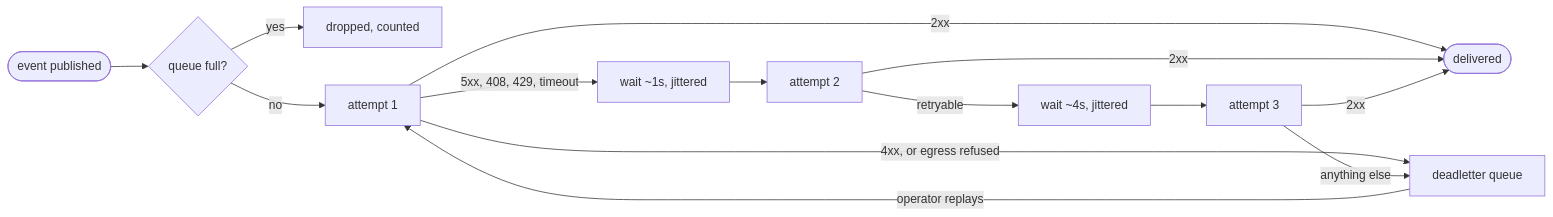
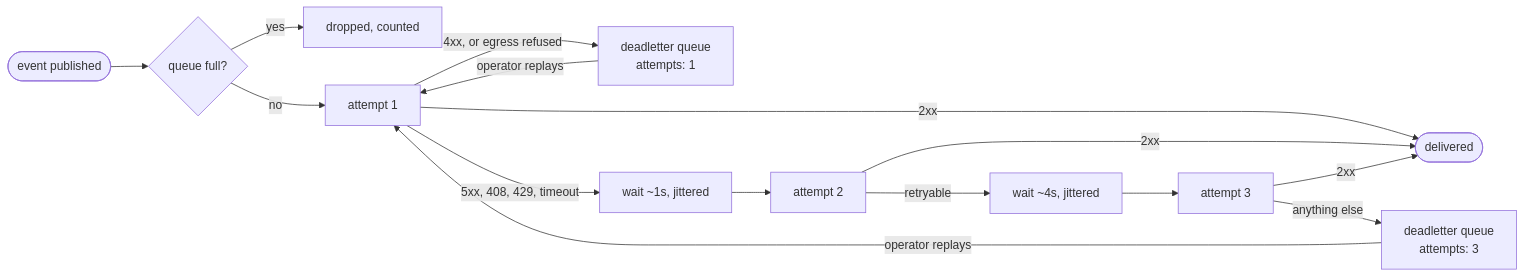
Before and after one commit to soapbucket/sbproxy: the diagram in docs/notifications.md, drawn with Mermaid. The commit also changed other lines of this file and 17 other files, not shown here.

````diff
--- a/docs/notifications.md
+++ b/docs/notifications.md
@@ -163,16 +206,17 @@
 ```mermaid
 flowchart LR
     P([event published]) --> Q{queue full?}
     Q -- yes --> D1[dropped, counted]
     Q -- no --> A1[attempt 1]
     A1 -- 2xx --> OK([delivered])
-    A1 -- "4xx, or egress refused" --> DL[deadletter queue]
+    A1 -- "4xx, or egress refused" --> DL["deadletter queue<br/>attempts: 1"]
     A1 -- "5xx, 408, 429, timeout" --> W1[wait ~1s, jittered]
     W1 --> A2[attempt 2]
     A2 -- 2xx --> OK
     A2 -- retryable --> W2[wait ~4s, jittered]
     W2 --> A3[attempt 3]
     A3 -- 2xx --> OK
-    A3 -- anything else --> DL
+    A3 -- anything else --> DL2["deadletter queue<br/>attempts: 3"]
+    DL2 -->|operator replays| A1
     DL -->|operator replays| A1
 ```
````
